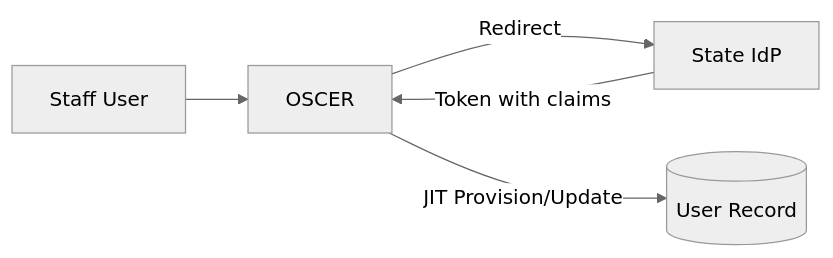
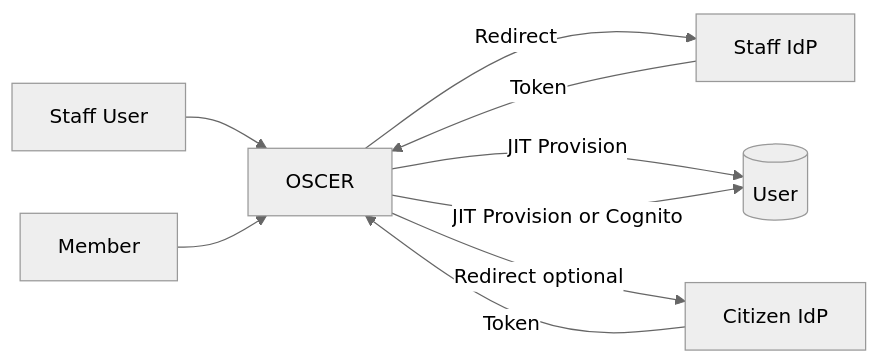
The first of 5 diagrams in docs/architecture/staff-sso/staff-sso.md (navapbc/oscer), drawn with Mermaid (neutral theme) before and after one commit. The commit also changed other lines of this file and 1 other file, not shown here.

First line of the commit message:
create member sso spec and update staff sso spec (#321)

````diff
--- a/docs/architecture/staff-sso/staff-sso.md
+++ b/docs/architecture/staff-sso/staff-sso.md
@@ -14,7 +18,12 @@
 ```mermaid
 flowchart LR
     Staff[Staff User] --> OSCER[OSCER]
-    OSCER -->|"Redirect"| IdP[State IdP]
-    IdP -->|"Token with claims"| OSCER
-    OSCER -->|"JIT Provision/Update"| DB[(User Record)]
+    OSCER -->|Redirect| StaffIdP[Staff IdP]
+    StaffIdP -->|Token| OSCER
+    OSCER -->|JIT Provision| DB[(User)]
+
+    Member[Member] --> OSCER
+    OSCER -->|Redirect optional| MemberIdP[Citizen IdP]
+    MemberIdP -->|Token| OSCER
+    OSCER -->|JIT Provision or Cognito| DB
 ```
````
